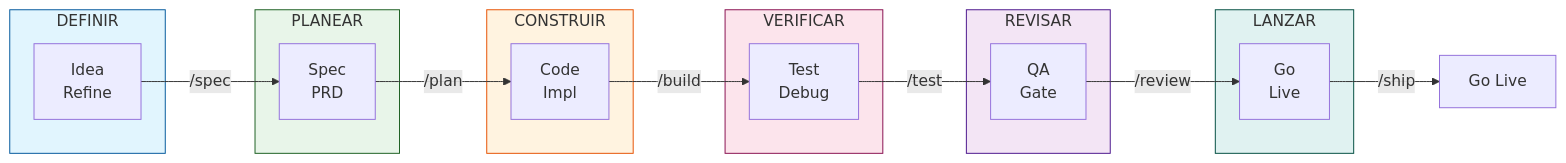
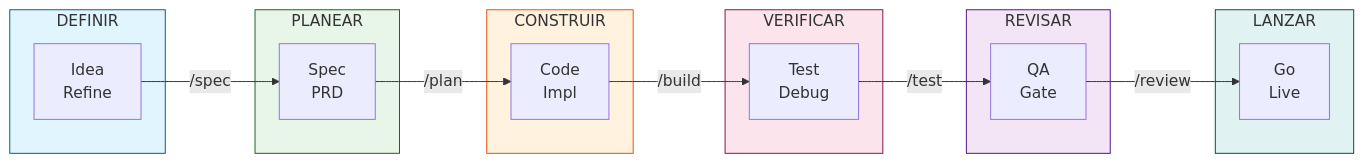
One commit to Fisherk2/spec-driven-develop-opencode-workspace changed the diagram in README.md. Above: the diagram before and after it, drawn with Mermaid. The commit also changed other lines of this file, not shown here.

````diff
--- a/README.md
+++ b/README.md
@@ -17,40 +74,39 @@
 ```mermaid
 flowchart LR
     subgraph Define["DEFINIR"]
         A["Idea<br/>Refine"]
     end
-    
+
     subgraph Plan["PLANEAR"]
         B["Spec<br/>PRD"]
     end
-    
+
     subgraph Build["CONSTRUIR"]
         C["Code<br/>Impl"]
     end
-    
+
     subgraph Verify["VERIFICAR"]
         D["Test<br/>Debug"]
     end
-    
+
     subgraph Review["REVISAR"]
         E["QA<br/>Gate"]
     end
-    
+
     subgraph Ship["LANZAR"]
         F["Go<br/>Live"]
     end
 
     A -->|" /spec "| B
     B -->|" /plan "| C
     C -->|" /build "| D
     D -->|" /test "| E
     E -->|" /review "| F
-    F -->|" /ship "| G["Go Live"]
 
     style Define fill:#e1f5fe,stroke:#01579b
     style Plan fill:#e8f5e9,stroke:#1b5e20
     style Build fill:#fff3e0,stroke:#e65100
     style Verify fill:#fce4ec,stroke:#880e4f
     style Review fill:#f3e5f5,stroke:#4a148c
     style Ship fill:#e0f2f1,stroke:#004d40
 ```
````
